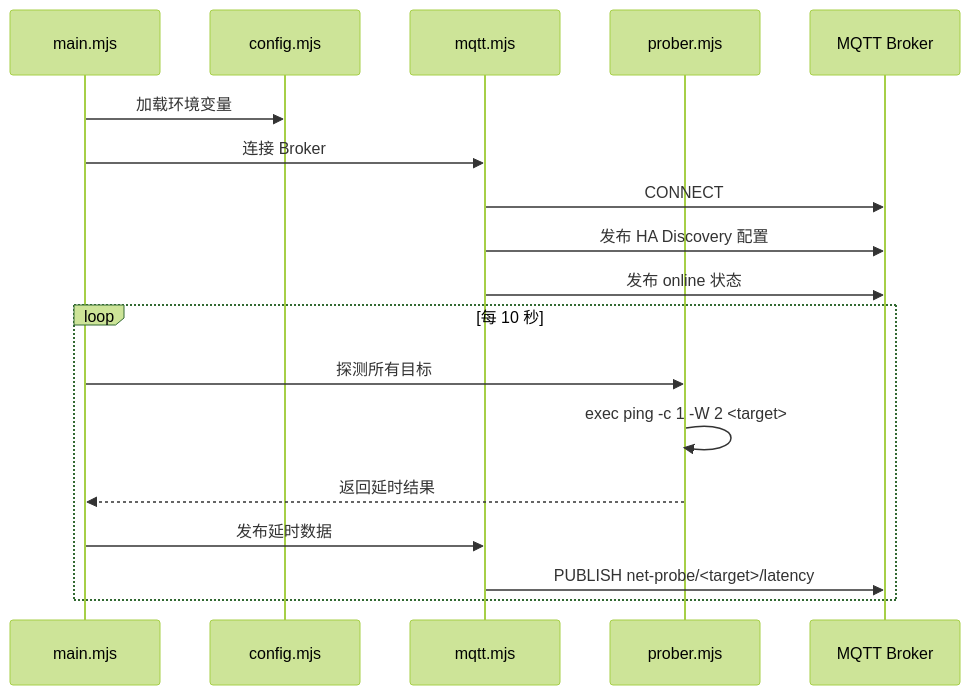
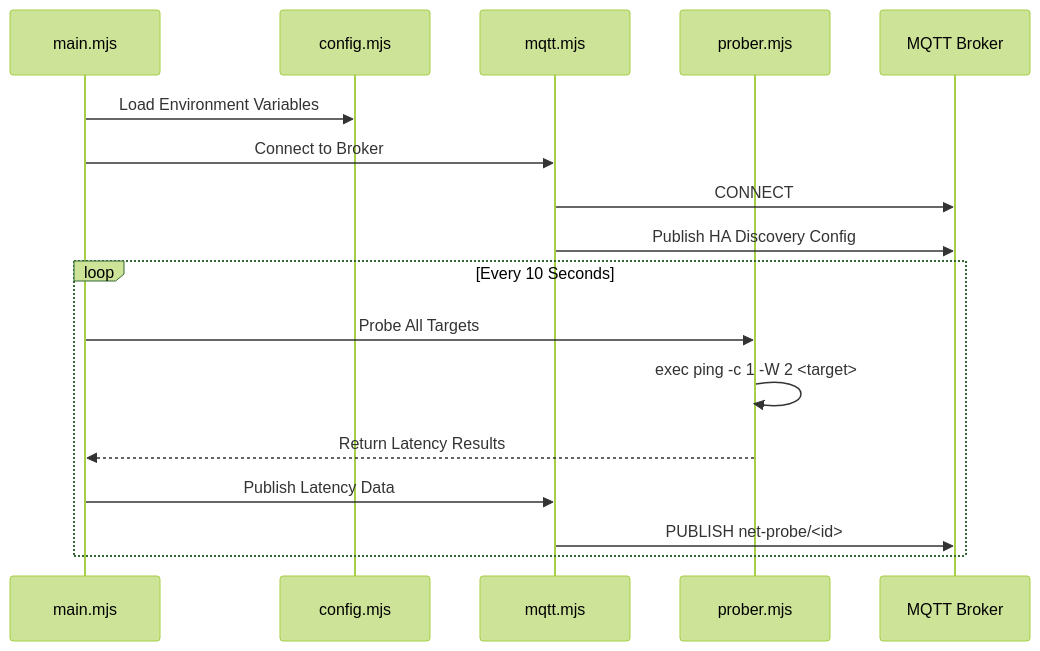
One commit to skyboooox/net-probe-mqtt changed the diagram in Agent.md. Above: the diagram before and after it, drawn with Mermaid (forest theme). The commit also changed other lines of this file and 14 other files, not shown here.

````diff
--- a/Agent.md
+++ b/Agent.md
@@ -196,22 +20,21 @@
 ```mermaid
 sequenceDiagram
     participant Main as main.mjs
     participant Config as config.mjs
     participant MQTT as mqtt.mjs
     participant Prober as prober.mjs
     participant Broker as MQTT Broker
 
-    Main->>Config: 加载环境变量
-    Main->>MQTT: 连接 Broker
+    Main->>Config: Load Environment Variables
+    Main->>MQTT: Connect to Broker
     MQTT->>Broker: CONNECT
-    MQTT->>Broker: 发布 HA Discovery 配置
-    MQTT->>Broker: 发布 online 状态
+    MQTT->>Broker: Publish HA Discovery Config
     
-    loop 每 10 秒
-        Main->>Prober: 探测所有目标
+    loop Every 10 Seconds
+        Main->>Prober: Probe All Targets
         Prober->>Prober: exec ping -c 1 -W 2 <target>
-        Prober-->>Main: 返回延时结果
-        Main->>MQTT: 发布延时数据
-        MQTT->>Broker: PUBLISH net-probe/<target>/latency
+        Prober-->>Main: Return Latency Results
+        Main->>MQTT: Publish Latency Data
+        MQTT->>Broker: PUBLISH net-probe/<id>
     end
 ```
````
